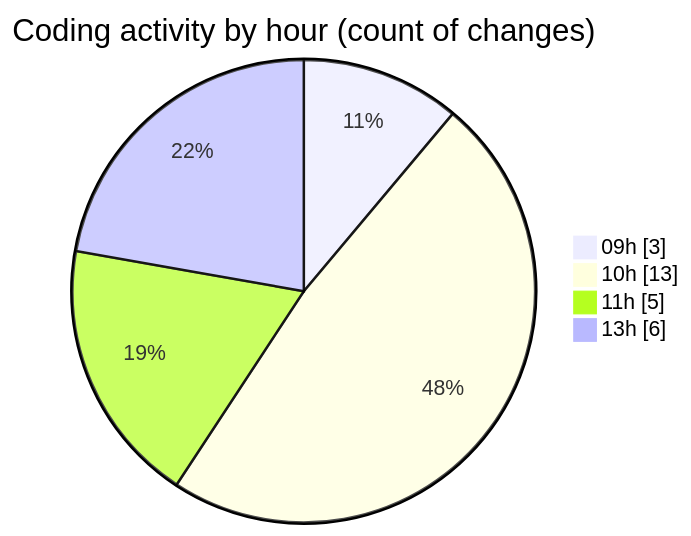
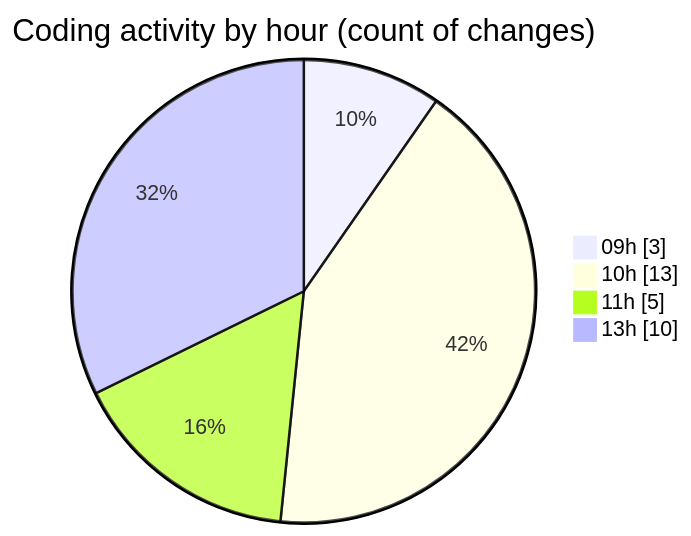
One commit to momahboobian/code-tracking changed the second of 2 diagrams in 2026-10-29/cda/README.md. Above: the diagram before and after it, drawn with Mermaid. The commit also changed other lines of this file and 1 other file, not shown here.

````diff
--- a/2026-10-29/cda/README.md
+++ b/2026-10-29/cda/README.md
@@ -40,8 +40,8 @@
 ```mermaid
 pie showData
 title Coding activity by hour (count of changes)
 "09h" : 3
 "10h" : 13
 "11h" : 5
-"13h" : 6
+"13h" : 10
 ```
````
